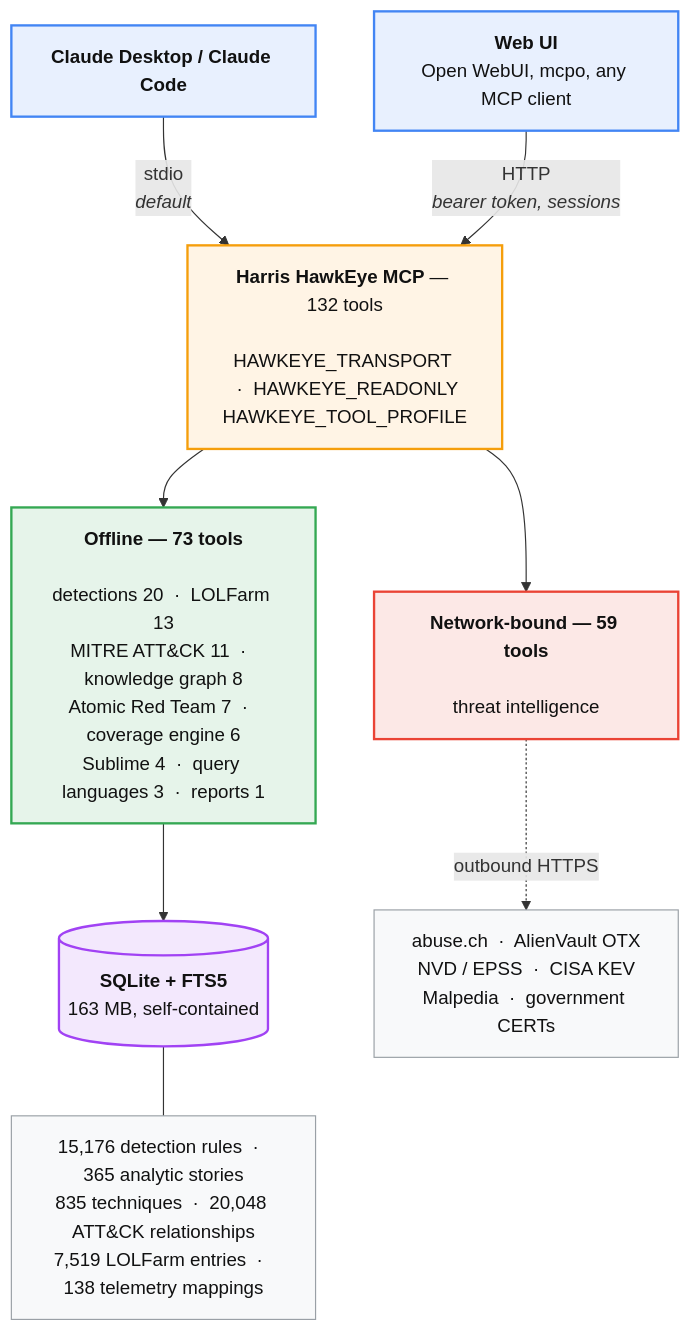
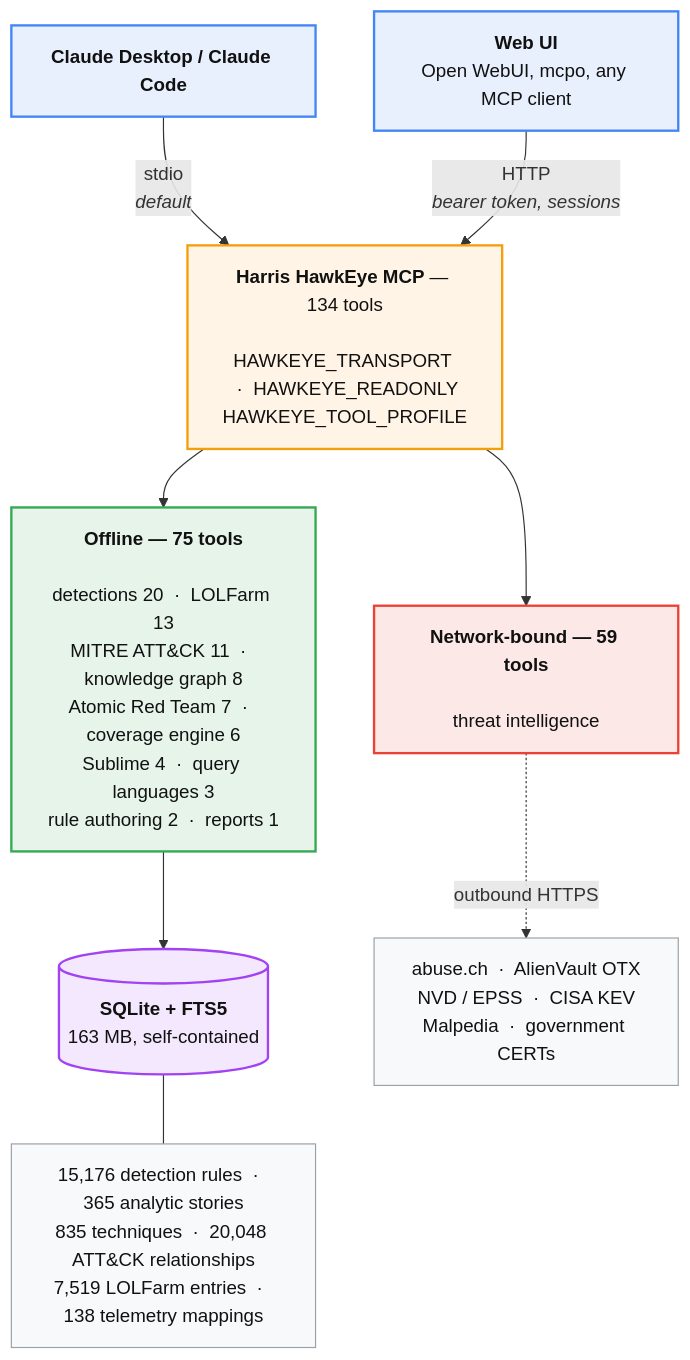
The first of 2 diagrams in README.md (legionultramax/Detection-Engineering-MCP), drawn with Mermaid before and after one commit. The commit also changed other lines of this file and 14 other files, not shown here.

````diff
--- a/README.md
+++ b/README.md
@@ -39,36 +39,36 @@
 ```mermaid
 flowchart TB
     CD["<b>Claude Desktop / Claude Code</b>"]
     WEB["<b>Web UI</b><br/>Open WebUI, mcpo, any MCP client"]
 
     CD -- "stdio<br/><i>default</i>" --> SRV
     WEB -- "HTTP<br/><i>bearer token, sessions</i>" --> SRV
 
-    SRV["<b>Harris HawkEye MCP</b> — 132 tools<br/><br/>HAWKEYE_TRANSPORT &nbsp;·&nbsp; HAWKEYE_READONLY<br/>HAWKEYE_TOOL_PROFILE"]
+    SRV["<b>Harris HawkEye MCP</b> — 134 tools<br/><br/>HAWKEYE_TRANSPORT &nbsp;·&nbsp; HAWKEYE_READONLY<br/>HAWKEYE_TOOL_PROFILE"]
 
     SRV --> LOCAL
     SRV --> NET
 
-    LOCAL["<b>Offline — 73 tools</b><br/><br/>detections 20 &nbsp;·&nbsp; LOLFarm 13<br/>MITRE ATT&amp;CK 11 &nbsp;·&nbsp; knowledge graph 8<br/>Atomic Red Team 7 &nbsp;·&nbsp; coverage engine 6<br/>Sublime 4 &nbsp;·&nbsp; query languages 3 &nbsp;·&nbsp; reports 1"]
+    LOCAL["<b>Offline — 75 tools</b><br/><br/>detections 20 &nbsp;·&nbsp; LOLFarm 13<br/>MITRE ATT&amp;CK 11 &nbsp;·&nbsp; knowledge graph 8<br/>Atomic Red Team 7 &nbsp;·&nbsp; coverage engine 6<br/>Sublime 4 &nbsp;·&nbsp; query languages 3<br/>rule authoring 2 &nbsp;·&nbsp; reports 1"]
 
     NET["<b>Network-bound — 59 tools</b><br/><br/>threat intelligence"]
 
     LOCAL --> DB[("<b>SQLite + FTS5</b><br/>163 MB, self-contained")]
     NET -. "outbound HTTPS" .-> EXT["abuse.ch &nbsp;·&nbsp; AlienVault OTX<br/>NVD / EPSS &nbsp;·&nbsp; CISA KEV<br/>Malpedia &nbsp;·&nbsp; government CERTs"]
 
     DB --- CONTENT["15,176 detection rules &nbsp;·&nbsp; 365 analytic stories<br/>835 techniques &nbsp;·&nbsp; 20,048 ATT&amp;CK relationships<br/>7,519 LOLFarm entries &nbsp;·&nbsp; 138 telemetry mappings"]
 
     classDef client fill:#e8f0fe,stroke:#4285f4,stroke-width:2px,color:#111
     classDef core fill:#fff4e5,stroke:#f59e0b,stroke-width:2px,color:#111
     classDef offline fill:#e6f4ea,stroke:#34a853,stroke-width:2px,color:#111
     classDef online fill:#fce8e6,stroke:#ea4335,stroke-width:2px,color:#111
     classDef store fill:#f3e8fd,stroke:#a142f4,stroke-width:2px,color:#111
     classDef plain fill:#f8f9fa,stroke:#9aa0a6,stroke-width:1px,color:#111
 
     class CD,WEB client
     class SRV core
     class LOCAL offline
     class NET online
     class DB store
     class EXT,CONTENT plain
 ```
````
